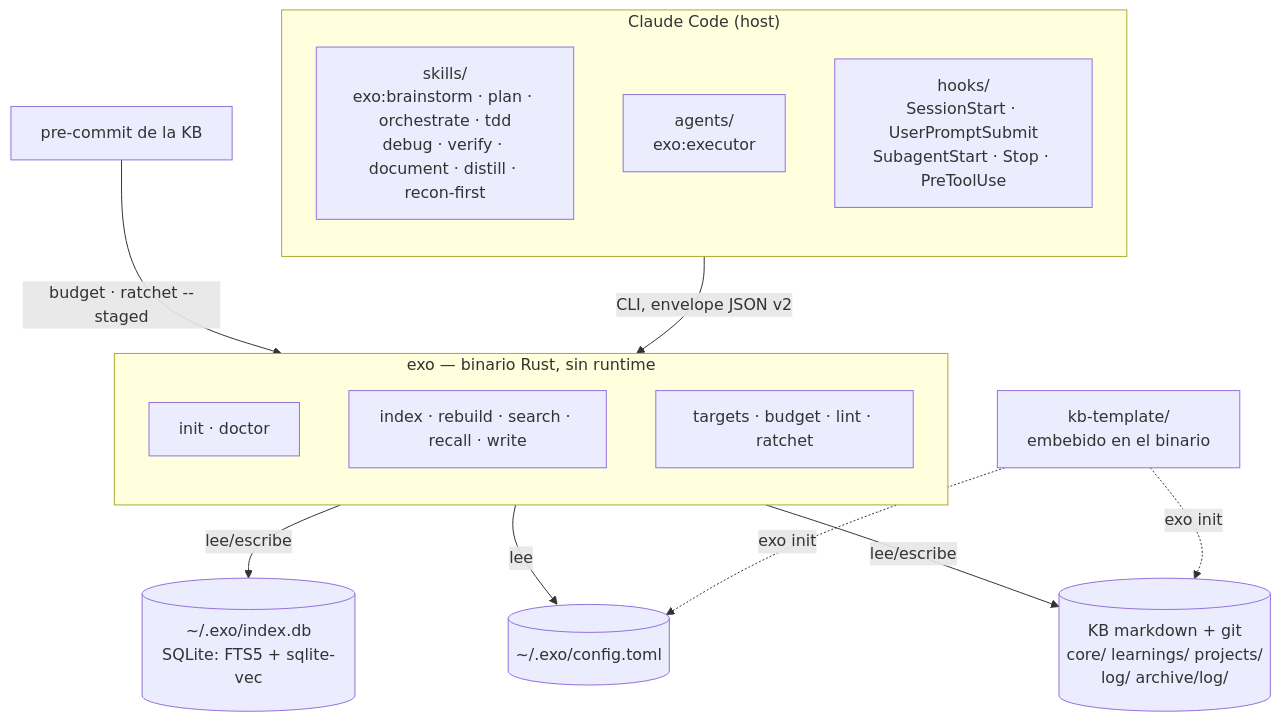
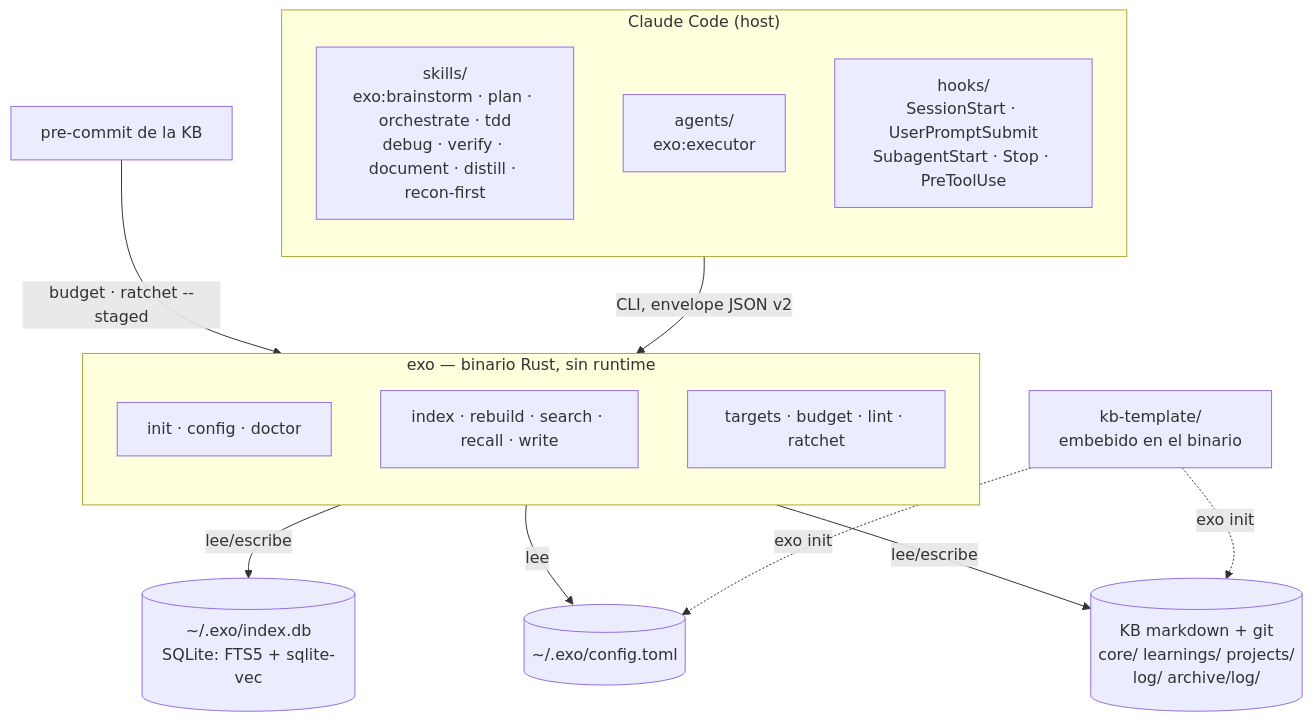
The diagram in README.md (pguerrerolinares/exo), drawn with Mermaid before and after one commit. The commit also changed other lines of this file and 1 other file, not shown here.

````diff
--- a/README.md
+++ b/README.md
@@ -57,30 +64,30 @@
 ```mermaid
 flowchart TB
     subgraph host["Claude Code (host)"]
         direction TB
         skills["skills/<br/>exo:brainstorm · plan · orchestrate · tdd<br/>debug · verify · document · distill · recon-first"]
         agent["agents/<br/>exo:executor"]
         hooks["hooks/<br/>SessionStart · UserPromptSubmit<br/>SubagentStart · Stop · PreToolUse"]
     end
 
     subgraph bin["exo — binario Rust, sin runtime"]
         direction TB
-        c1["init · doctor"]
+        c1["init · config · doctor"]
         c2["index · rebuild · search · recall · write"]
         c3["targets · budget · lint · ratchet"]
     end
 
     cfg[("~/.exo/config.toml")]
     db[("~/.exo/index.db<br/>SQLite: FTS5 + sqlite-vec")]
     kb[("KB markdown + git<br/>core/ learnings/ projects/<br/>log/ archive/log/")]
     tpl["kb-template/<br/>embebido en el binario"]
     pc["pre-commit de la KB"]
 
     host -->|"CLI, envelope JSON v2"| bin
     pc -->|"budget · ratchet --staged"| bin
     bin -->|lee| cfg
     bin -->|lee/escribe| db
     bin -->|lee/escribe| kb
     tpl -.->|"exo init"| kb
     tpl -.->|"exo init"| cfg
 ```
````
